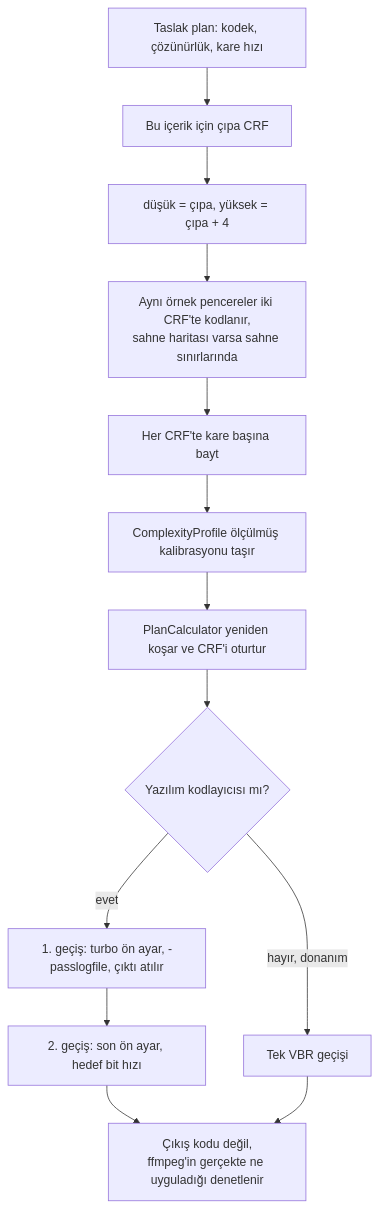
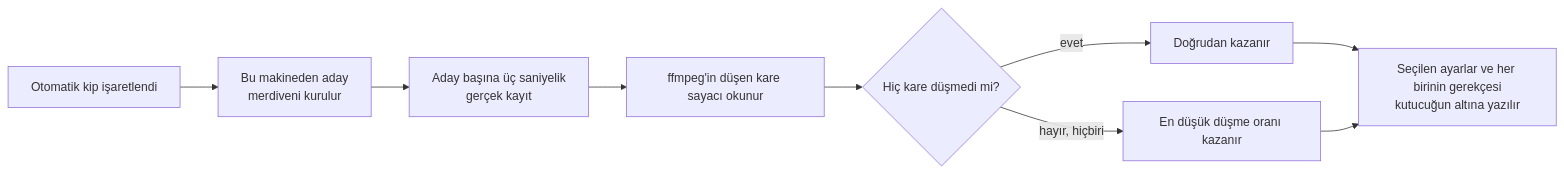
The second of 2 diagrams in README.tr.md (Teknesyum/VidShrink), drawn with Mermaid before and after one commit. The commit also changed other lines of this file and 118 other files, not shown here.

````diff
--- a/README.tr.md
+++ b/README.tr.md
@@ -181,15 +168,11 @@
 ```mermaid
-flowchart TD
-    D["Taslak plan: kodek, çözünürlük, kare hızı"] --> A["Bu içerik için çıpa CRF"]
-    A --> B["düşük = çıpa, yüksek = çıpa + 4"]
-    B --> C["Aynı örnek pencereler iki CRF'te kodlanır,<br/>sahne haritası varsa sahne sınırlarında"]
-    C --> E["Her CRF'te kare başına bayt"]
-    E --> F["ComplexityProfile ölçülmüş kalibrasyonu taşır"]
-    F --> G["PlanCalculator yeniden koşar ve CRF'i oturtur"]
-    G --> H{"Yazılım kodlayıcısı mı?"}
-    H -->|evet| P1["1. geçiş: turbo ön ayar, -passlogfile, çıktı atılır"]
-    P1 --> P2["2. geçiş: son ön ayar, hedef bit hızı"]
-    H -->|"hayır, donanım"| VBR["Tek VBR geçişi"]
-    P2 --> V["Çıkış kodu değil,<br/>ffmpeg'in gerçekte ne uyguladığı denetlenir"]
-    VBR --> V
+flowchart LR
+    A["Otomatik kip işaretlendi"] --> B["Bu makineden aday<br/>merdiveni kurulur"]
+    B --> C["Aday başına üç saniyelik<br/>gerçek kayıt"]
+    C --> D["ffmpeg'in düşen kare sayacı okunur"]
+    D --> E{"Hiç kare düşmedi mi?"}
+    E -->|evet| F["Doğrudan kazanır"]
+    E -->|"hayır, hiçbiri"| G["En düşük düşme oranı kazanır"]
+    F --> H["Seçilen ayarlar ve her birinin gerekçesi<br/>kutucuğun altına yazılır"]
+    G --> H
 ```
````
